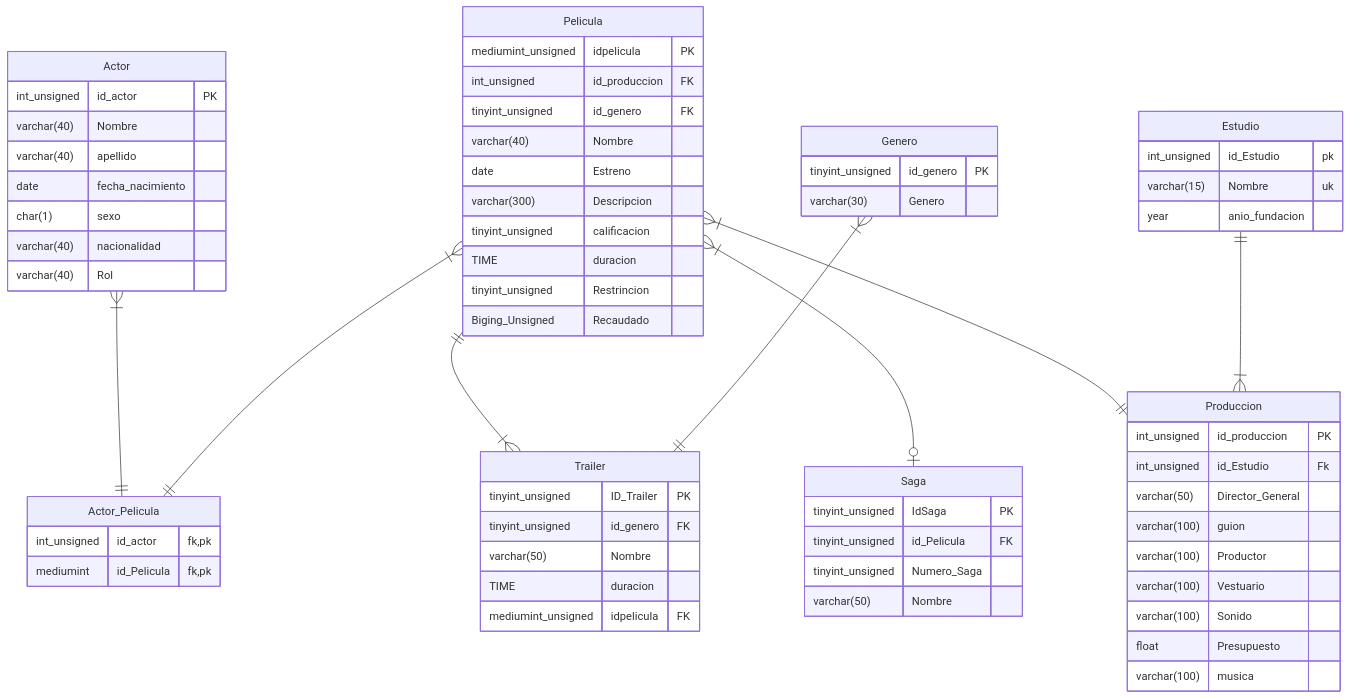
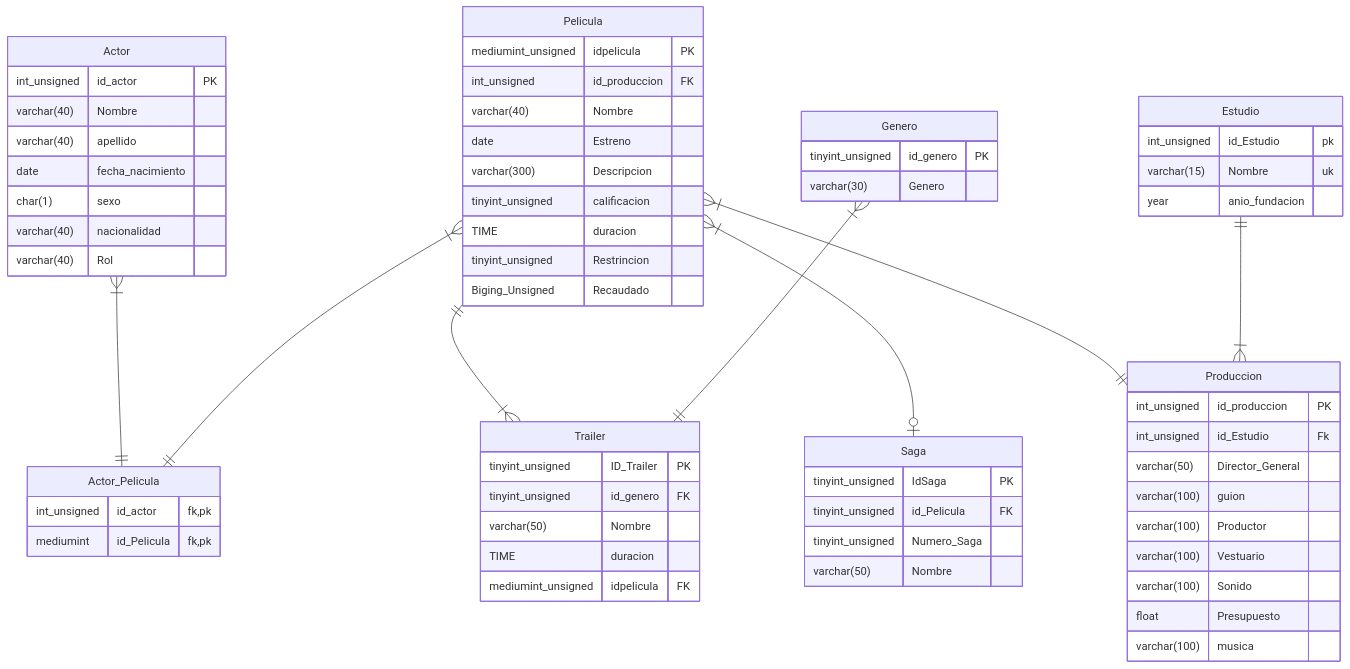
The diagram in readme.md (SirFrancis2007/MySQL-Cine), drawn with Mermaid before and after one commit. The commit also changed 22 other files, not shown here.

```diff
--- a/readme.md
+++ b/readme.md
@@ -7,7 +7,6 @@
 
 mediumint_unsigned idpelicula PK
 int_unsigned id_produccion FK
-tinyint_unsigned id_genero FK
 varchar(40) Nombre
 date Estreno
 varchar(300) Descripcion
```
